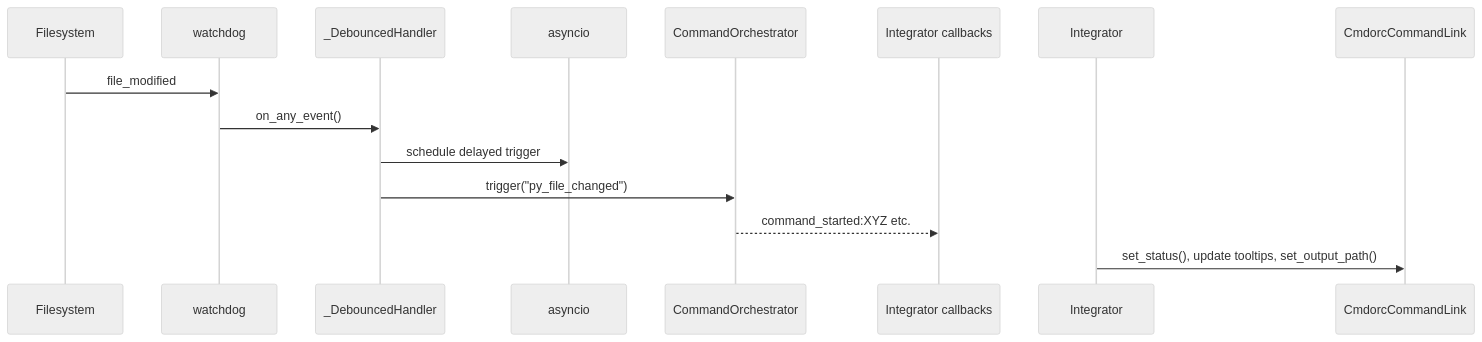
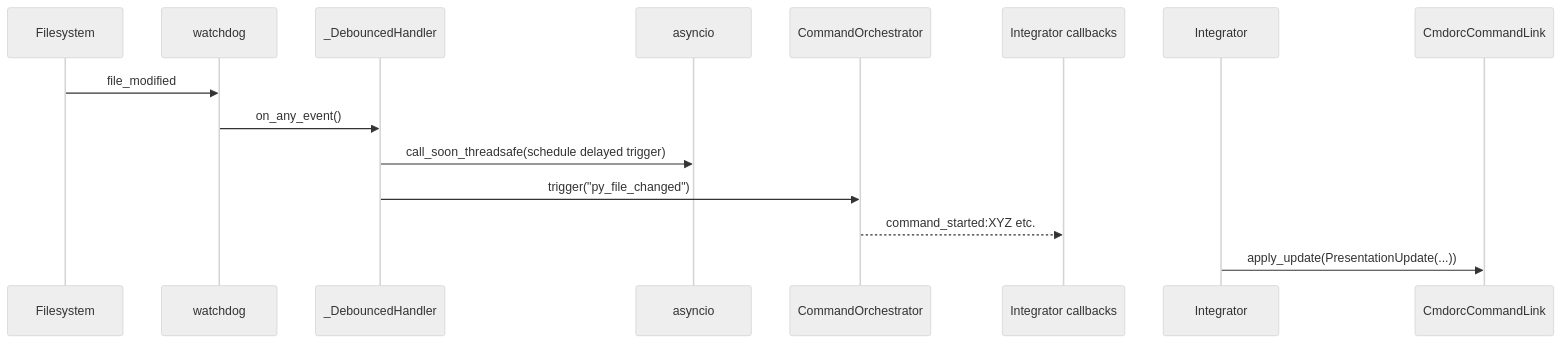
Before and after one commit to eyecantell/textual-cmdorc: the second of 3 diagrams in architecture.md, drawn with Mermaid (neutral theme). The commit also changed other lines of this file and 1 other file, not shown here.

````diff
--- a/architecture.md
+++ b/architecture.md
@@ -89,9 +189,9 @@
 ```mermaid
 sequenceDiagram
     Filesystem->>watchdog: file_modified
     watchdog->>_DebouncedHandler: on_any_event()
-    _DebouncedHandler->>asyncio: schedule delayed trigger
+    _DebouncedHandler->>asyncio: call_soon_threadsafe(schedule delayed trigger)
     _DebouncedHandler->>CommandOrchestrator: trigger("py_file_changed")
     CommandOrchestrator-->>Integrator callbacks: command_started:XYZ etc.
-    Integrator->>CmdorcCommandLink: set_status(), update tooltips, set_output_path()
+    Integrator->>CmdorcCommandLink: apply_update(PresentationUpdate(...))
 ```
````
